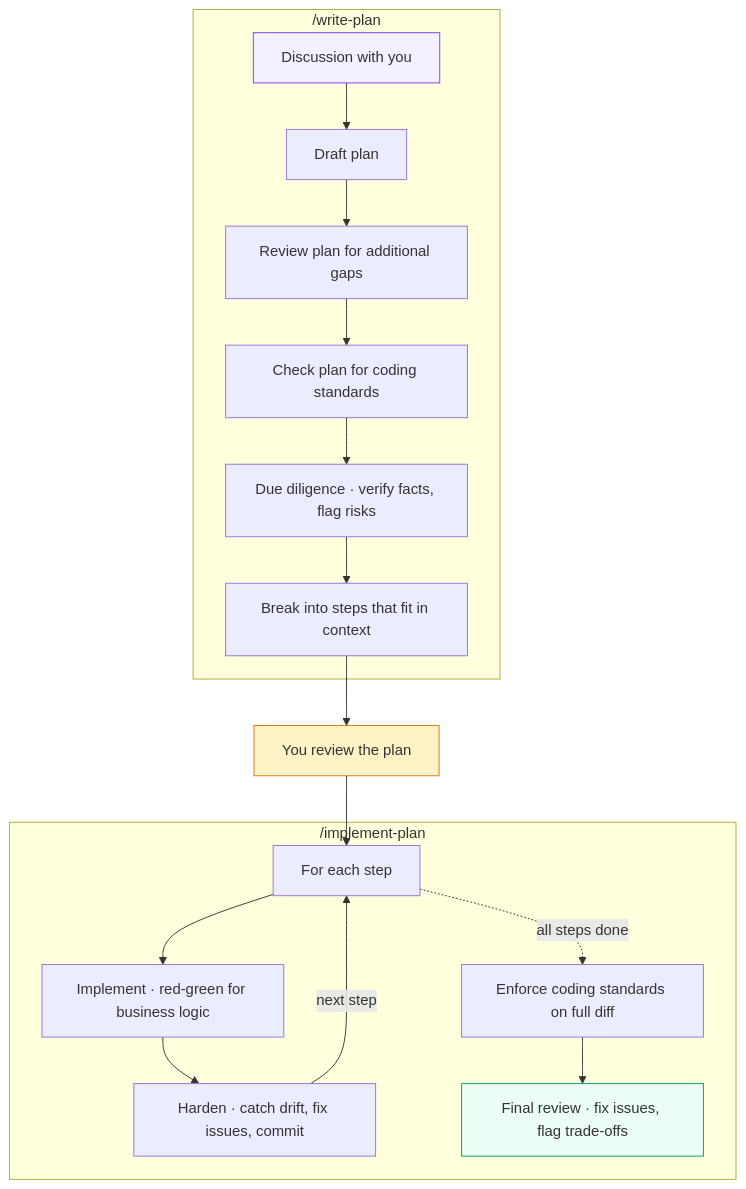
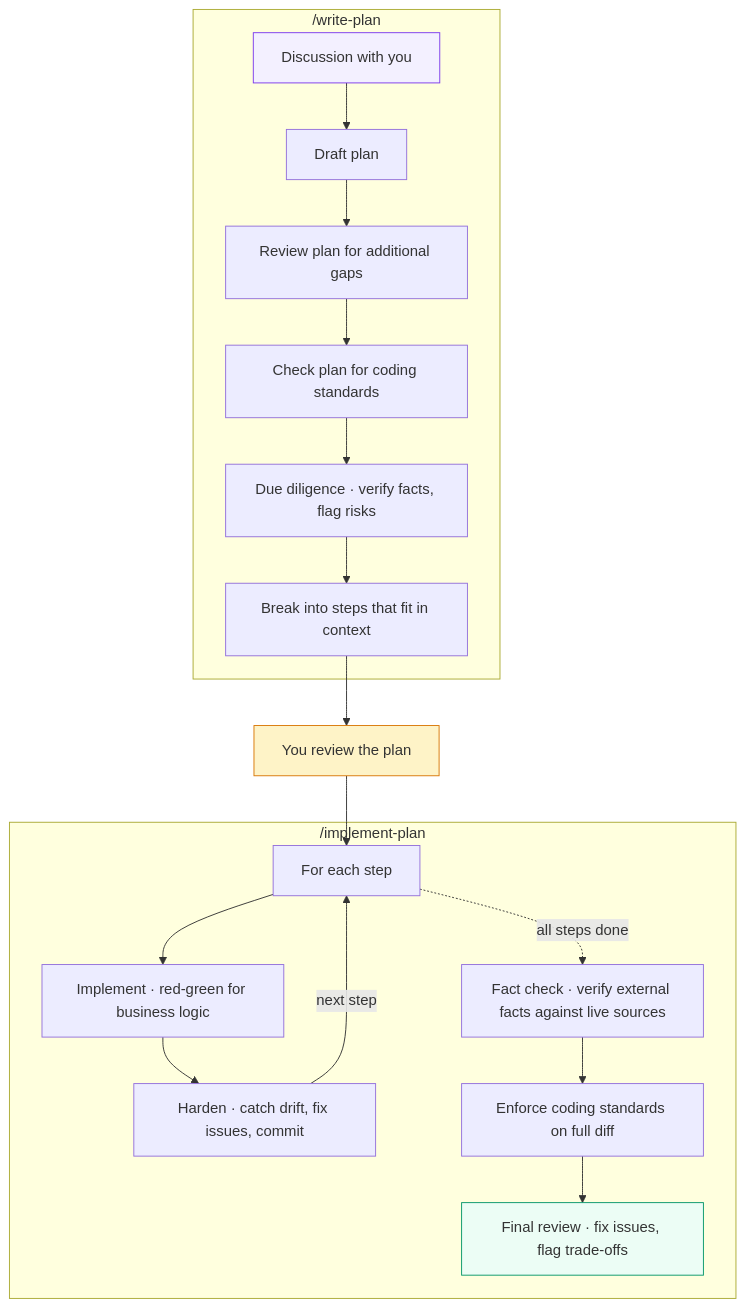
The diagram in README.md (mkrtchian/spec-driven-dev), drawn with Mermaid before and after one commit. The commit also changed other lines of this file and 2 other files, not shown here.

First line of the commit message:
docs: document the fact-check pass and the due diligence record

````diff
--- a/README.md
+++ b/README.md
@@ -47,28 +47,29 @@
 ```mermaid
 flowchart TD
     subgraph "/write-plan"
         A["Discussion with you"] --> B["Draft plan"]
         B --> C["Review plan for additional gaps"]
         C --> D["Check plan for coding standards"]
         D --> DD["Due diligence · verify facts, flag risks"]
         DD --> E["Break into steps that fit in context"]
     end
 
     E --> F["You review the plan"]
 
     subgraph "/implement-plan"
         G["For each step"]
         G --> H["Implement · red-green for business logic"]
         H --> I["Harden · catch drift, fix issues, commit"]
         I -- next step --> G
 
-        G -. all steps done .-> J["Enforce coding standards on full diff"]
+        G -. all steps done .-> FC["Fact check · verify external facts against live sources"]
+        FC --> J["Enforce coding standards on full diff"]
         J --> K["Final review · fix issues, flag trade-offs"]
     end
 
     F --> G
 
     style A fill:#f3f0ff,stroke:#7c3aed
     style F fill:#fef3c7,stroke:#d97706
     style K fill:#ecfdf5,stroke:#059669
 ```
````
